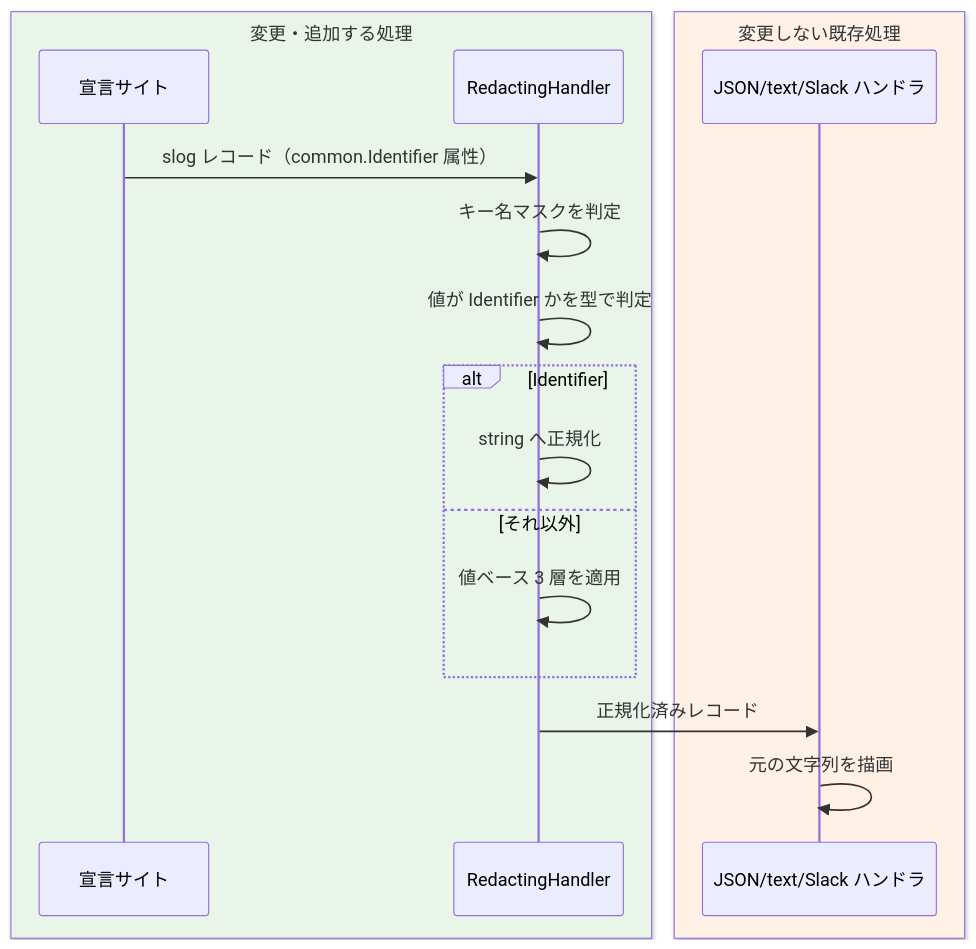
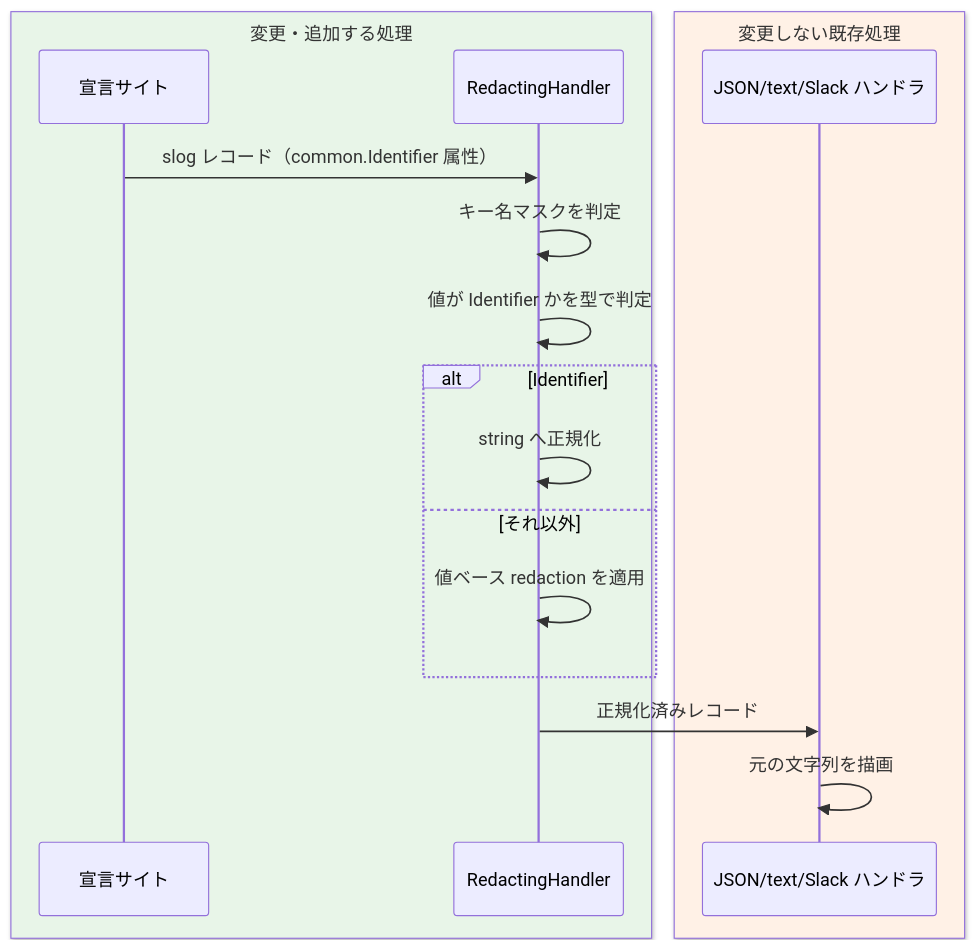
The fifth of 12 diagrams in docs/tasks/0173_identifier_redaction_exemption/02_architecture.md (isseis/go-safe-cmd-runner), drawn with Mermaid before and after one commit. The commit also changed other lines of this file, not shown here.

First line of the commit message:
docs(0173): use 値ベース redaction as the process term in the concept model

````diff
--- a/docs/tasks/0173_identifier_redaction_exemption/02_architecture.md
+++ b/docs/tasks/0173_identifier_redaction_exemption/02_architecture.md
@@ -259,21 +259,21 @@
 ```mermaid
 sequenceDiagram
     box rgb(232,245,232) 変更・追加する処理
         participant P as 宣言サイト
         participant R as RedactingHandler
     end
     box rgb(255,241,230) 変更しない既存処理
         participant D as JSON/text/Slack ハンドラ
     end
 
     P->>R: slog レコード（common.Identifier 属性）
     R->>R: キー名マスクを判定
     R->>R: 値が Identifier かを型で判定
     alt Identifier
         R->>R: string へ正規化
     else それ以外
-        R->>R: 値ベース 3 層を適用
+        R->>R: 値ベース redaction を適用
     end
     R->>D: 正規化済みレコード
     D->>D: 元の文字列を描画
 ```
````
